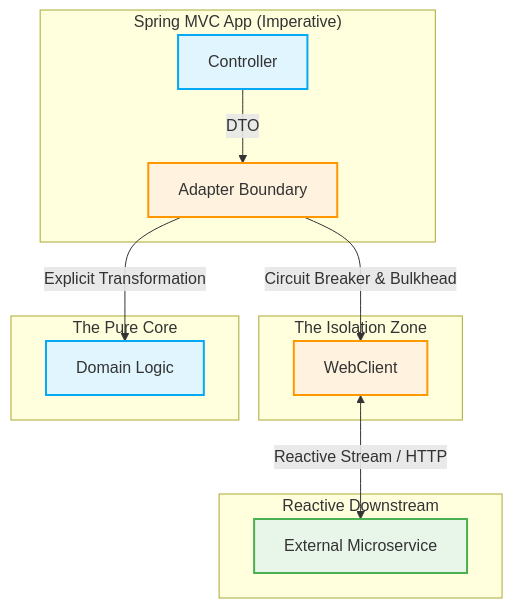
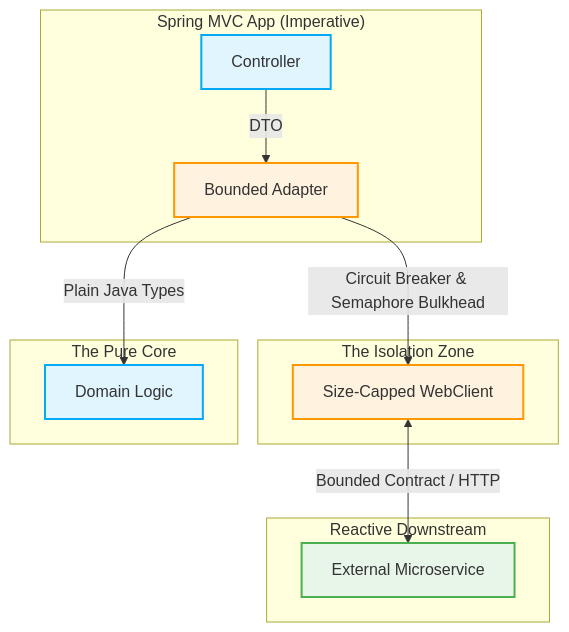
The diagram in content/posts/principal-craft/series_4/4.the_backpressure_betrayal_and_safe_boundaries.md (tuanhiep/tuanhiep.github.io), drawn with Mermaid before and after one commit. The commit also changed other lines of this file, not shown here.

Commit message:
fix(series_4): sharpen Reactor collectList, MVC/WebFlux & bounded adapter rigor in part 4/4

````diff
--- a/content/posts/principal-craft/series_4/4.the_backpressure_betrayal_and_safe_boundaries.md
+++ b/content/posts/principal-craft/series_4/4.the_backpressure_betrayal_and_safe_boundaries.md
@@ -92,28 +94,28 @@
 ```mermaid
 graph TD
     subgraph "Spring MVC App (Imperative)"
-        C[Controller] -->|DTO| A[Adapter Boundary]
+        C[Controller] -->|DTO| A[Bounded Adapter]
     end
-    
+
     subgraph "The Isolation Zone"
-        A -->|Circuit Breaker & Bulkhead| B[WebClient]
+        A -->|Circuit Breaker & Semaphore Bulkhead| B[Size-Capped WebClient]
     end
-    
+
     subgraph "The Pure Core"
-        A -->|Explicit Transformation| D[Domain Logic]
+        A -->|Plain Java Types| D[Domain Logic]
     end
-    
+
     subgraph "Reactive Downstream"
-        B <-->|Reactive Stream / HTTP| S[External Microservice]
+        B <-->|Bounded Contract / HTTP| S[External Microservice]
     end
 
     classDef pure fill:#e1f5fe,stroke:#03a9f4,stroke-width:2px;
     classDef hybrid fill:#fff3e0,stroke:#ff9800,stroke-width:2px;
     classDef reactive fill:#e8f5e9,stroke:#4caf50,stroke-width:2px;
-    
+
     C:::pure
     D:::pure
     A:::hybrid
     B:::hybrid
     S:::reactive
 ```
````
